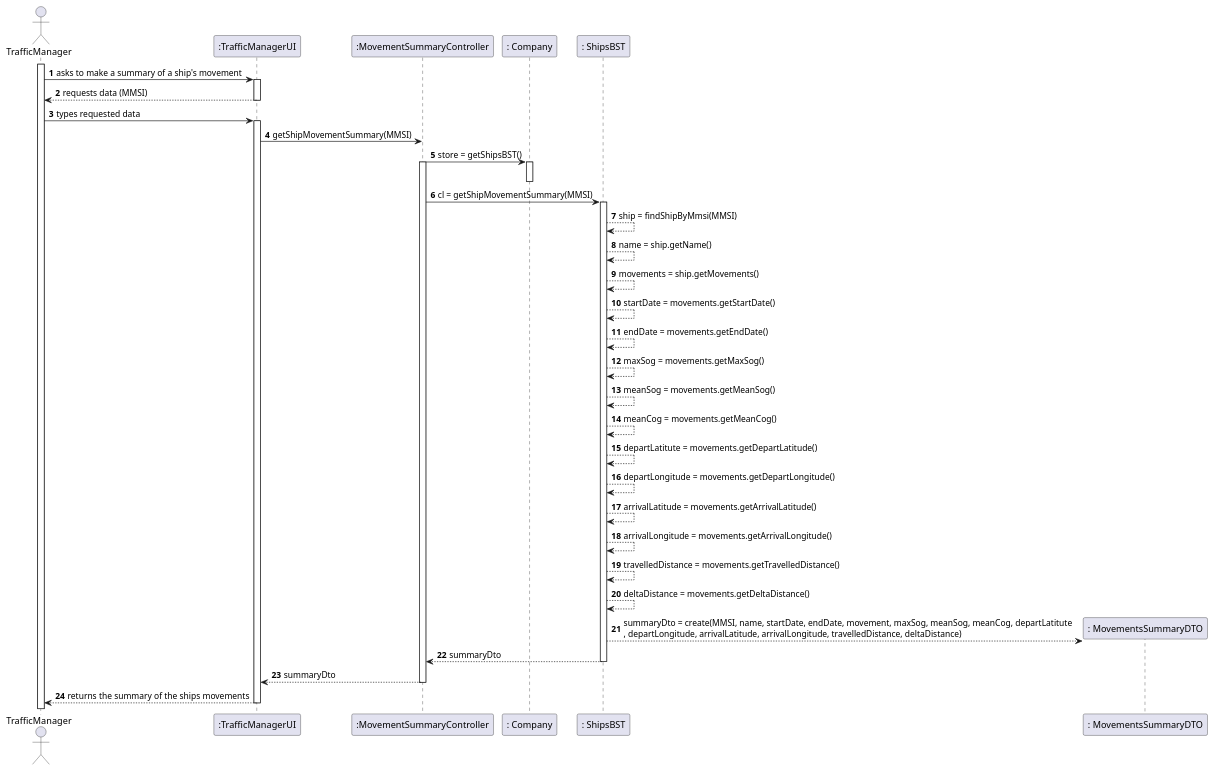
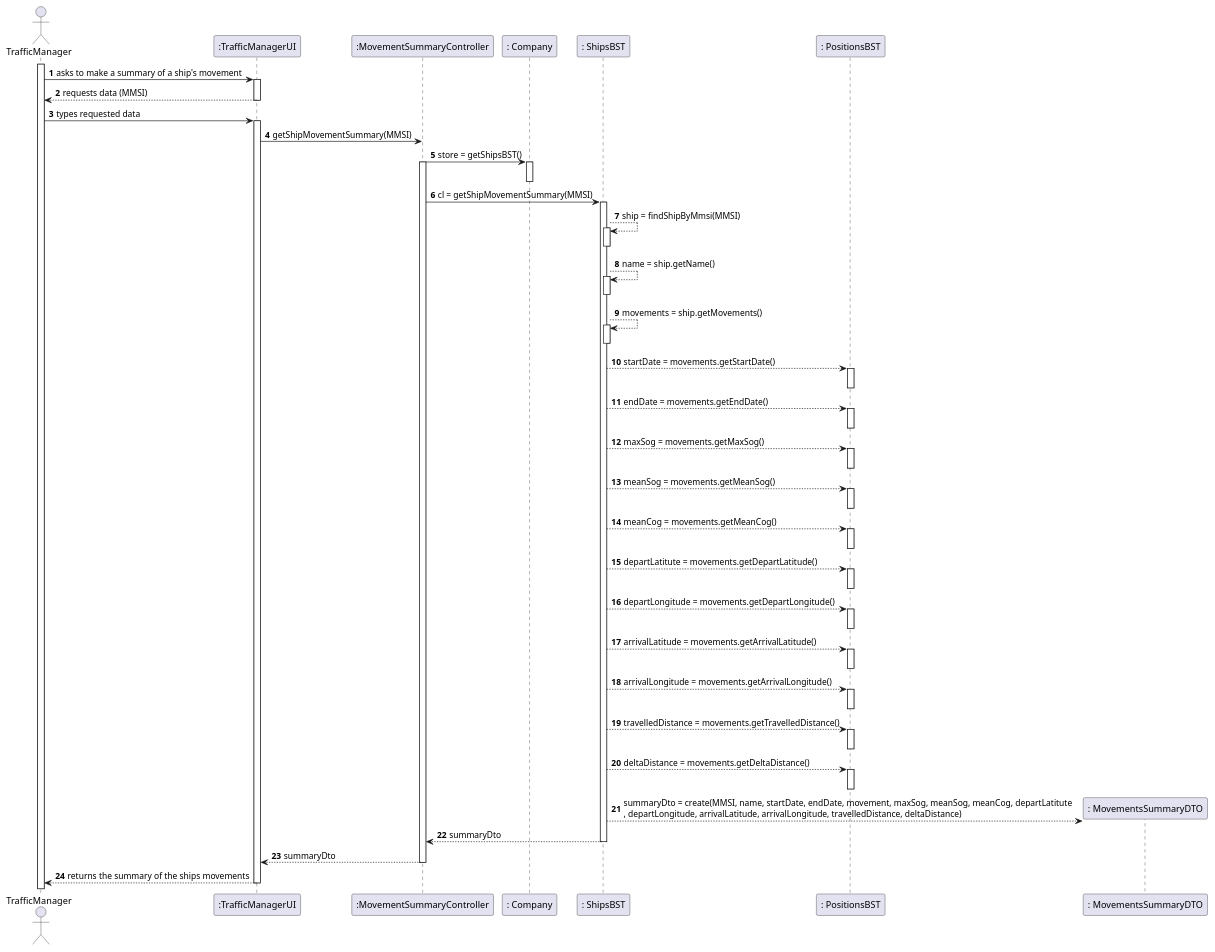
The diagram in docs/US104/SD_104.puml (ana-albergaria/LAPR3-ISEP), drawn with PlantUML before and after one commit. The commit also changed 4 other files, not shown here.

```diff
--- a/docs/US104/SD_104.puml
+++ b/docs/US104/SD_104.puml
@@ -1,58 +1,86 @@
 @startuml
 autonumber
 'hide footbox
 actor "TrafficManager" as RC
 
 participant ":TrafficManagerUI" as UI
 participant ":MovementSummaryController" as CTRL
 participant ": Company" as CP
 participant ": ShipsBST" as CS
+participant ": PositionsBST" as PB
 participant ": MovementsSummaryDTO" as CL
 
 
 activate RC
 RC -> UI : asks to make a summary of a ship's movement
 activate UI
 UI --> RC : requests data (MMSI)
 deactivate UI
 
 RC -> UI : types requested data
 activate UI
 
 UI -> CTRL : getShipMovementSummary(MMSI)
 
 CTRL -> CP : store = getShipsBST()
 activate CP
 deactivate CP
 activate CTRL
 CTRL -> CS : cl = getShipMovementSummary(MMSI)
 activate CS
 CS --> CS : ship = findShipByMmsi(MMSI)
+activate CS
+deactivate CS
 CS --> CS : name = ship.getName()
+activate CS
+deactivate CS
 CS --> CS : movements = ship.getMovements()
-CS --> CS : startDate = movements.getStartDate()
-CS --> CS : endDate = movements.getEndDate()
-CS --> CS : maxSog = movements.getMaxSog()
-CS --> CS : meanSog = movements.getMeanSog()
-CS --> CS : meanCog = movements.getMeanCog()
-CS --> CS : departLatitute = movements.getDepartLatitude()
-CS --> CS : departLongitude = movements.getDepartLongitude()
-CS --> CS : arrivalLatitude = movements.getArrivalLatitude()
-CS --> CS : arrivalLongitude = movements.getArrivalLongitude()
-CS --> CS : travelledDistance = movements.getTravelledDistance()
-CS --> CS : deltaDistance = movements.getDeltaDistance()
-
+activate CS
+deactivate CS
+CS --> PB : startDate = movements.getStartDate()
+activate PB
+deactivate PB
+CS --> PB : endDate = movements.getEndDate()
+activate PB
+deactivate PB
+CS --> PB : maxSog = movements.getMaxSog()
+activate PB
+deactivate PB
+CS --> PB : meanSog = movements.getMeanSog()
+activate PB
+deactivate PB
+CS --> PB : meanCog = movements.getMeanCog()
+activate PB
+deactivate PB
+CS --> PB : departLatitute = movements.getDepartLatitude()
+activate PB
+deactivate PB
+CS --> PB : departLongitude = movements.getDepartLongitude()
+activate PB
+deactivate PB
+CS --> PB : arrivalLatitude = movements.getArrivalLatitude()
+activate PB
+deactivate PB
+CS --> PB : arrivalLongitude = movements.getArrivalLongitude()
+activate PB
+deactivate PB
+CS --> PB : travelledDistance = movements.getTravelledDistance()
+activate PB
+deactivate PB
+CS --> PB : deltaDistance = movements.getDeltaDistance()
+activate PB
+deactivate PB
 
 CS -->  CL** : summaryDto = create(MMSI, name, startDate, endDate, movement, maxSog, meanSog, meanCog, departLatitute\n, departLongitude, arrivalLatitude, arrivalLongitude, travelledDistance, deltaDistance)
 deactivate CL
 CS --> CTRL : summaryDto
 deactivate CS
 CTRL --> UI : summaryDto
 deactivate CTRL
 
 UI --> RC : returns the summary of the ships movements
 deactivate CS
 deactivate UI
 
 
 @enduml
```
